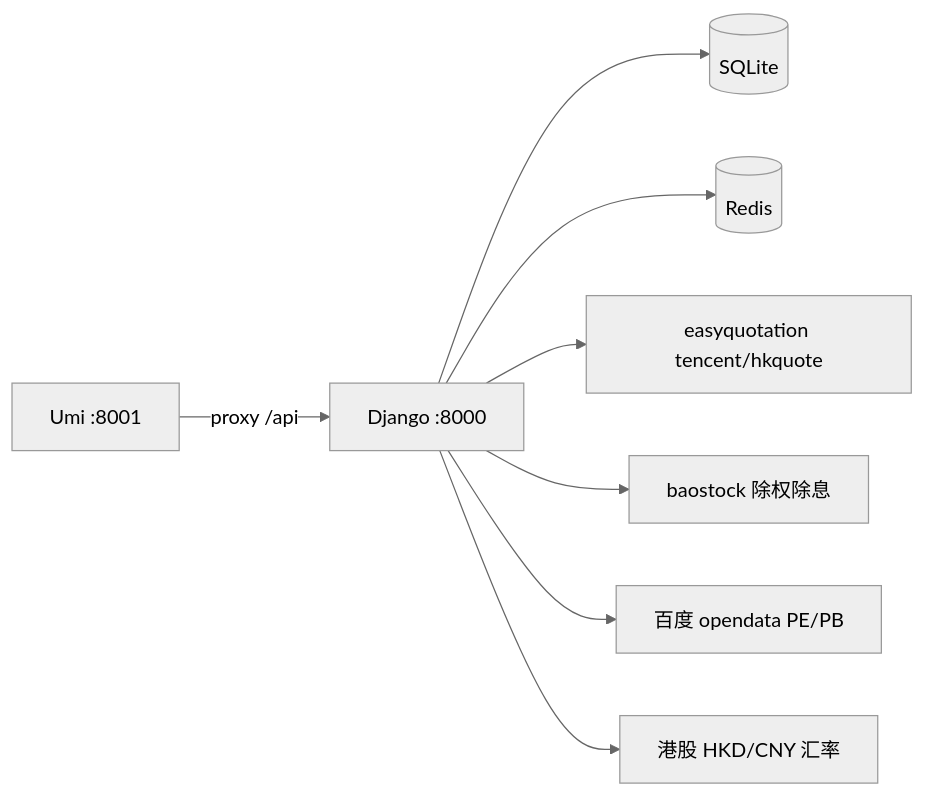
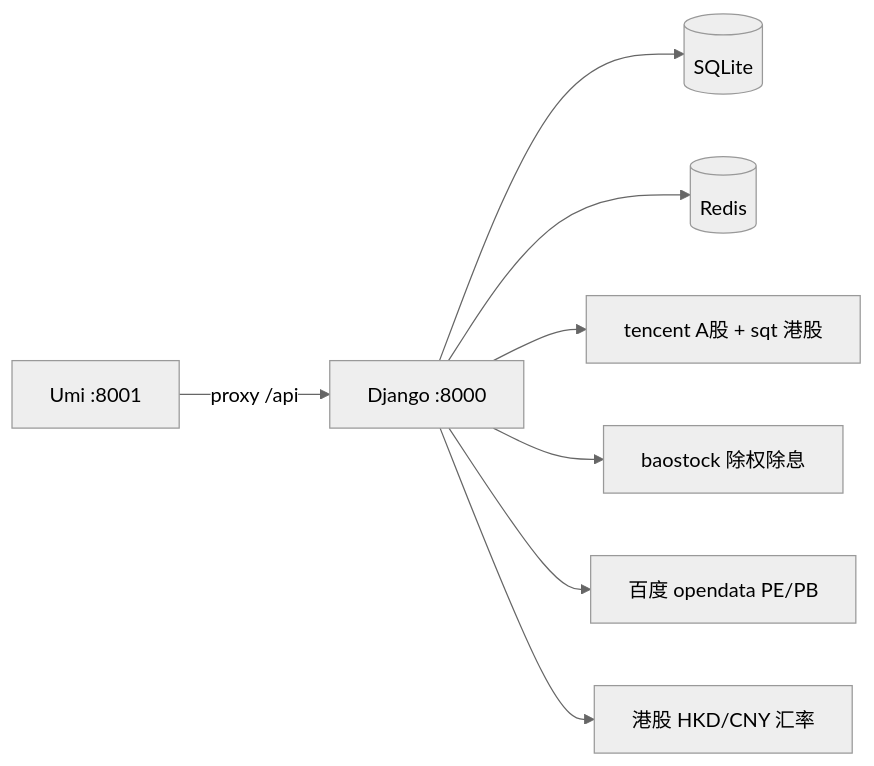
The diagram in .agents/skills/stockmanager-project/SKILL.md (gunerguner/stockManager), drawn with Mermaid (neutral theme) before and after one commit. The commit also changed other lines of this file and 6 other files, not shown here.

````diff
--- a/.agents/skills/stockmanager-project/SKILL.md
+++ b/.agents/skills/stockmanager-project/SKILL.md
@@ -70,10 +70,10 @@
 ```mermaid
 flowchart LR
   Umi[Umi :8001] -->|proxy /api| Django[Django :8000]
   Django --> SQLite[(SQLite)]
   Django --> Redis[(Redis)]
-  Django --> Quote[easyquotation tencent/hkquote]
+  Django --> Quote[tencent A股 + sqt 港股]
   Django --> Baostock[baostock 除权除息]
   Django --> Baidu[百度 opendata PE/PB]
   Django --> FX[港股 HKD/CNY 汇率]
 ```
````
